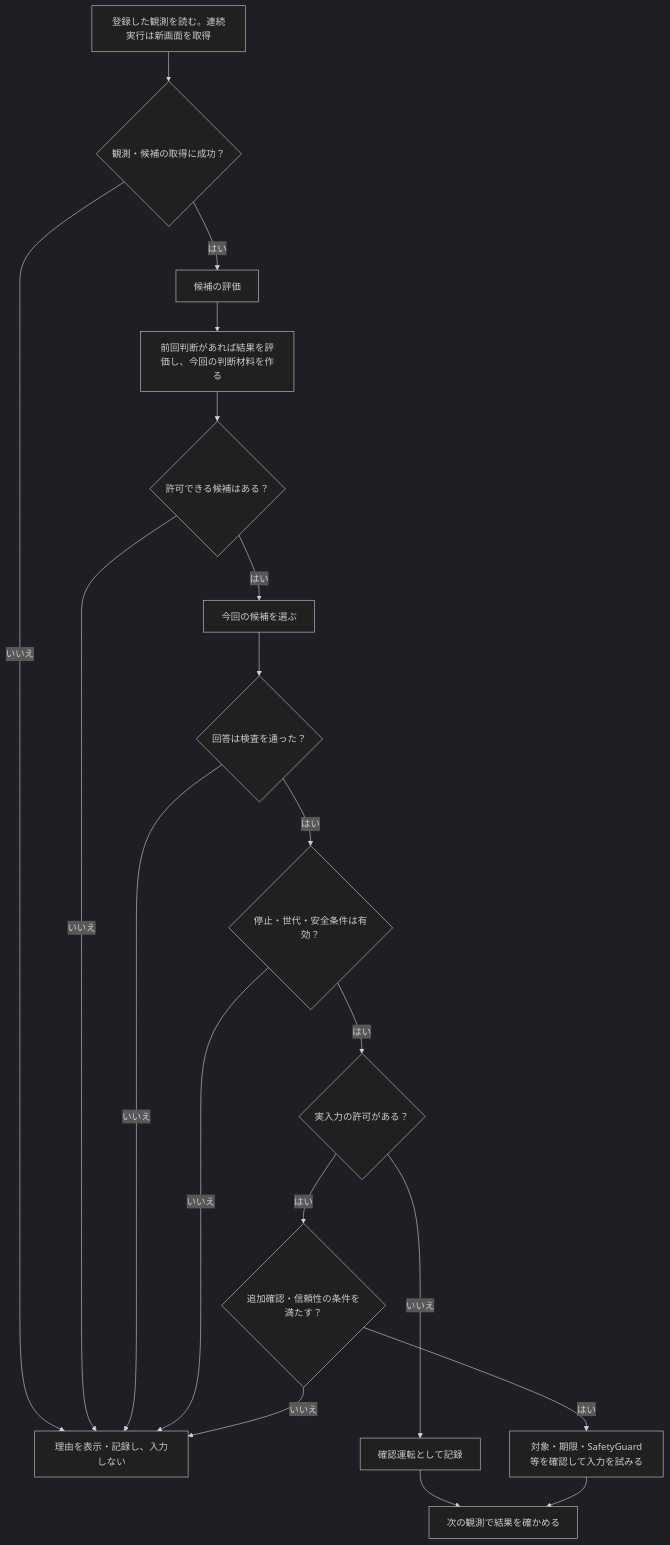
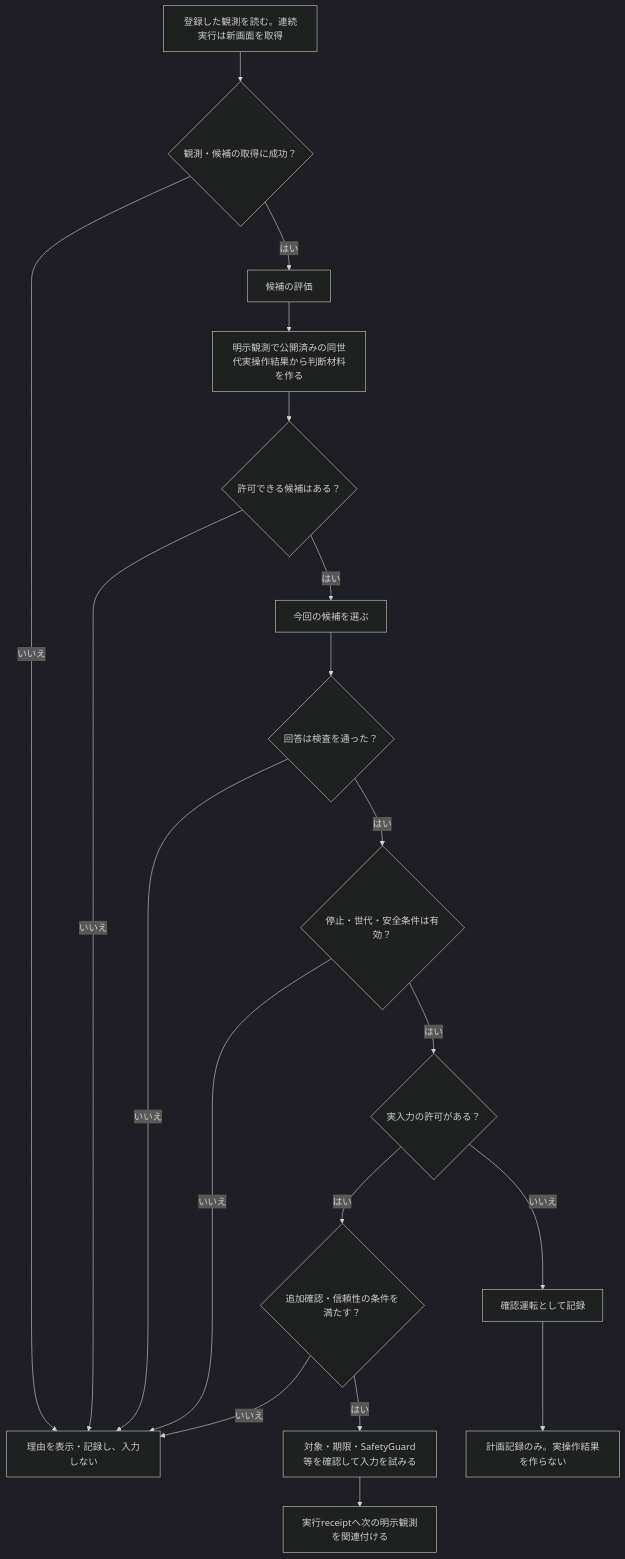
One commit to tomiya7688/AI_game_player changed the second of 2 diagrams in doc/architecture/flow_for_readers.md. Above: the diagram before and after it, drawn with Mermaid (dark theme). The commit also changed other lines of this file and 10 other files, not shown here.

````diff
--- a/doc/architecture/flow_for_readers.md
+++ b/doc/architecture/flow_for_readers.md
@@ -65,21 +64,21 @@
 ```mermaid
 flowchart TD
     A["登録した観測を読む。連続実行は新画面を取得"] --> B{"観測・候補の取得に成功？"}
     B -->|いいえ| Z["理由を表示・記録し、入力しない"]
     B -->|はい| C["候補の評価"]
-    C --> R["前回判断があれば結果を評価し、今回の判断材料を作る"]
+    C --> R["明示観測で公開済みの同世代実操作結果から判断材料を作る"]
     R --> D{"許可できる候補はある？"}
     D -->|いいえ| Z
     D -->|はい| E["今回の候補を選ぶ"]
     E --> F{"回答は検査を通った？"}
     F -->|いいえ| Z
     F -->|はい| G{"停止・世代・安全条件は有効？"}
     G -->|いいえ| Z
     G -->|はい| H{"実入力の許可がある？"}
     H -->|いいえ| I["確認運転として記録"]
     H -->|はい| V{"追加確認・信頼性の条件を満たす？"}
     V -->|いいえ| Z
     V -->|はい| J["対象・期限・SafetyGuard等を確認して入力を試みる"]
-    I --> K["次の観測で結果を確かめる"]
-    J --> K
+    I --> L["計画記録のみ。実操作結果を作らない"]
+    J --> K["実行receiptへ次の明示観測を関連付ける"]
 ```
````
